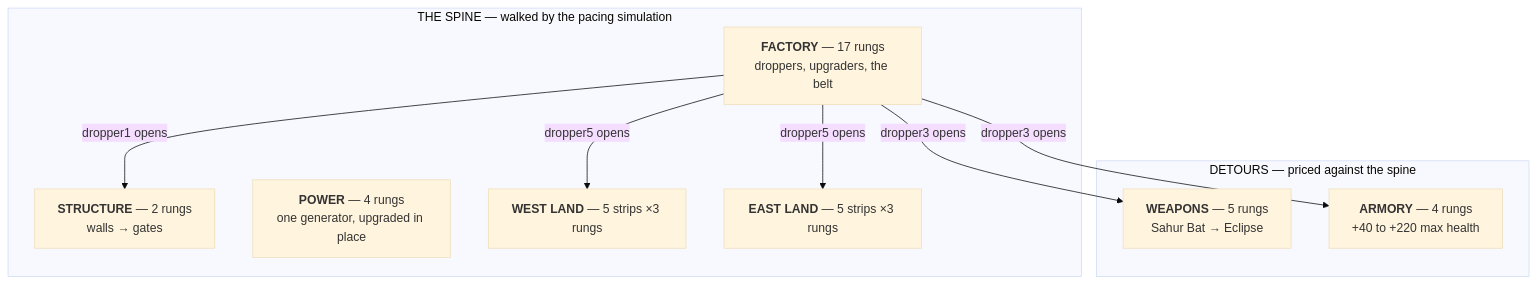
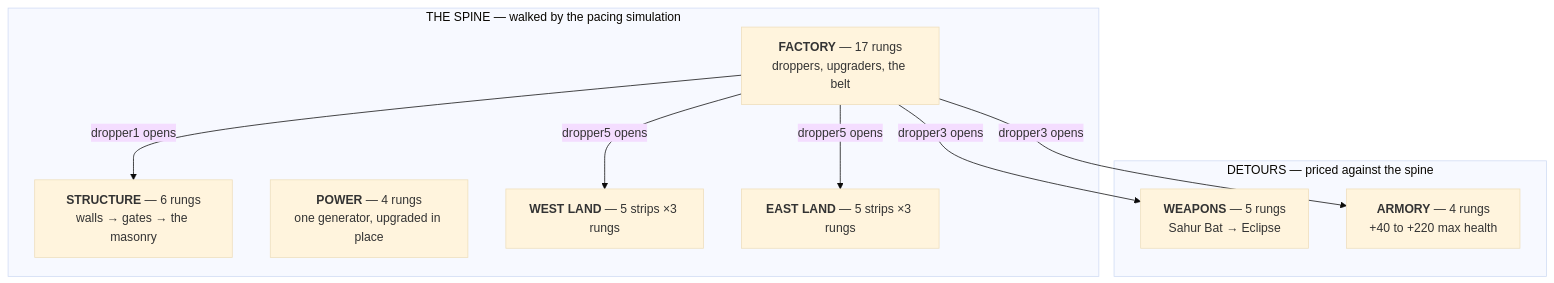
The fourth of 6 diagrams in docs/design/GAME.md (adit-rah/ttt), drawn with Mermaid (base theme) before and after one commit. The commit also changed other lines of this file and 14 other files, not shown here.

````diff
--- a/docs/design/GAME.md
+++ b/docs/design/GAME.md
@@ -155,19 +155,19 @@
 ```mermaid
 graph TD
     subgraph spine["THE SPINE — walked by the pacing simulation"]
         F["<b>FACTORY</b> — 17 rungs<br/>droppers, upgraders, the belt"]
-        S["<b>STRUCTURE</b> — 2 rungs<br/>walls → gates"]
+        S["<b>STRUCTURE</b> — 6 rungs<br/>walls → gates → the masonry"]
         P["<b>POWER</b> — 4 rungs<br/>one generator, upgraded in place"]
         LL["<b>WEST LAND</b> — 5 strips ×3 rungs"]
         LR2["<b>EAST LAND</b> — 5 strips ×3 rungs"]
     end
     subgraph side["DETOURS — priced against the spine"]
         W["<b>WEAPONS</b> — 5 rungs<br/>Sahur Bat → Eclipse"]
         A["<b>ARMORY</b> — 4 rungs<br/>+40 to +220 max health"]
     end
     F -->|"dropper1 opens"| S
     F -->|"dropper3 opens"| W
     F -->|"dropper3 opens"| A
     F -->|"dropper5 opens"| LL
     F -->|"dropper5 opens"| LR2
 ```
````
